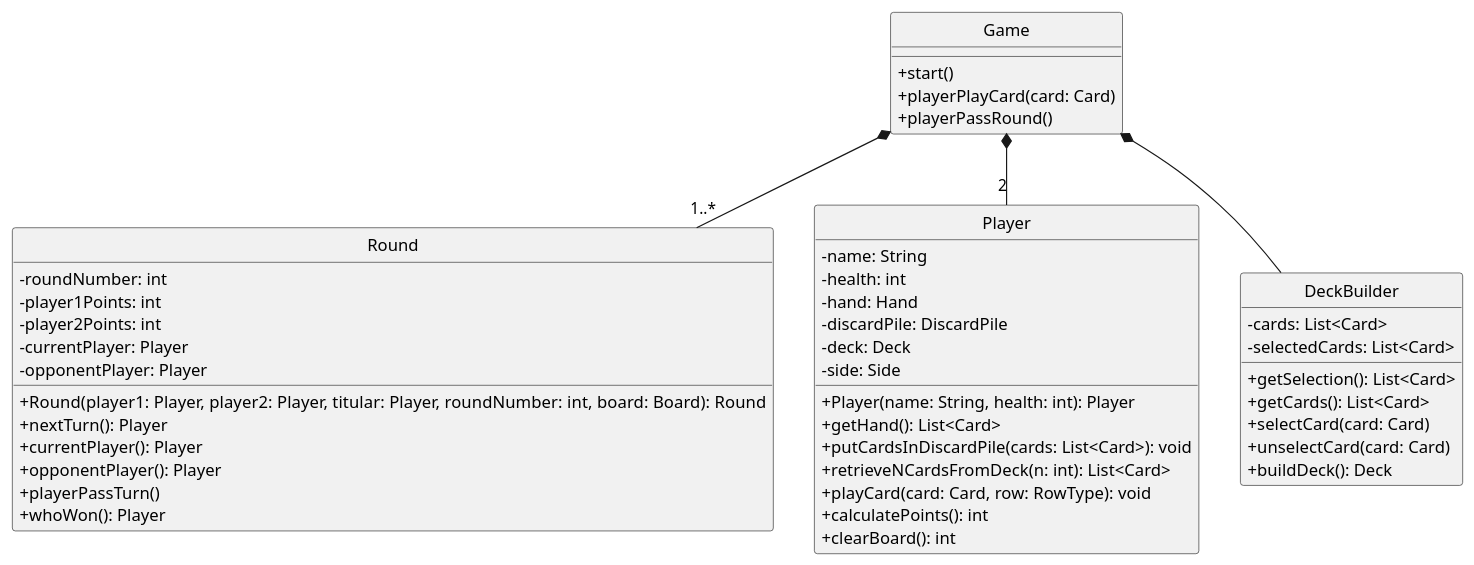
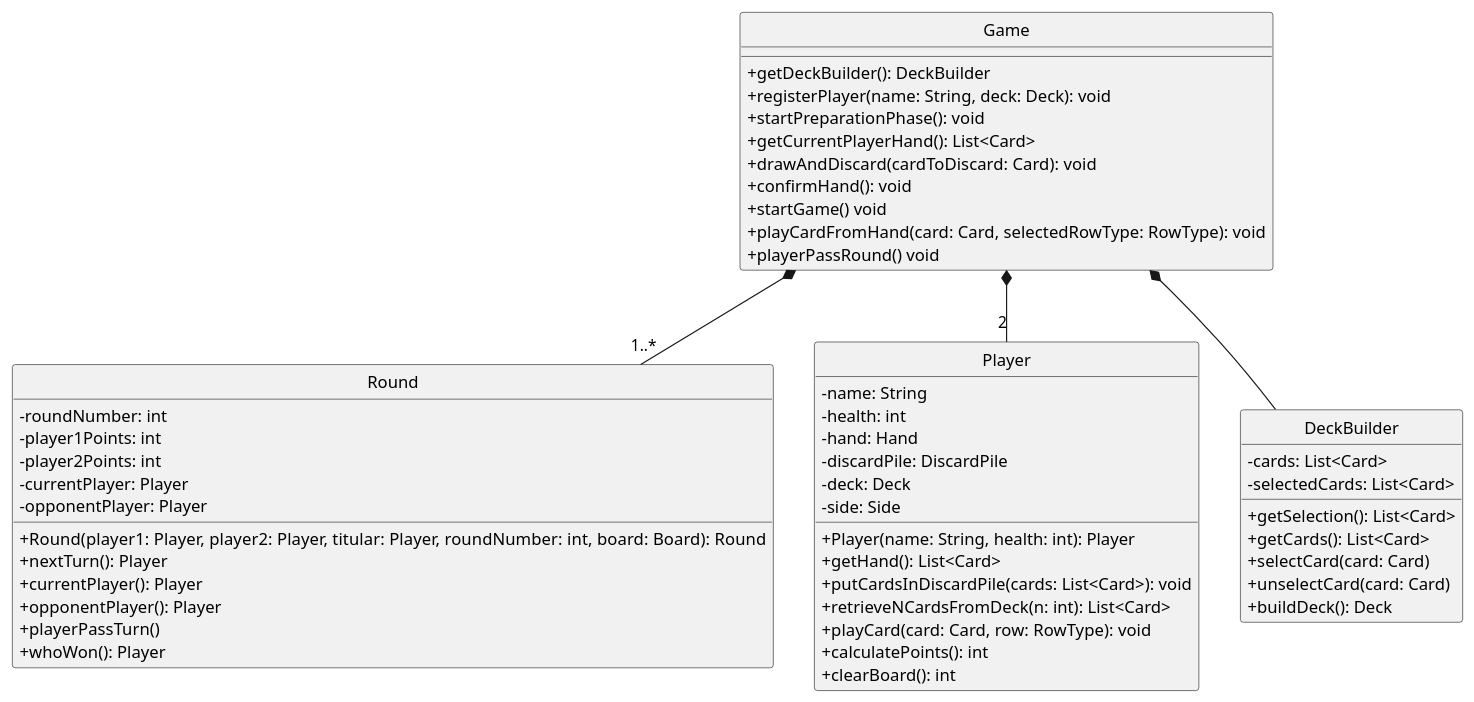
The diagram in diagrams/classes/game.plantuml (Yonhir/algo3_proyecto_base_tp2), drawn with PlantUML before and after one commit. The commit also changed 1 other file, not shown here.

Commit message:
métodos de la clase Game agregados

```diff
--- a/diagrams/classes/game.plantuml
+++ b/diagrams/classes/game.plantuml
@@ -1,64 +1,70 @@
 @startuml
 
 skinparam monochrome true
 hide circle
 skinparam classAttributeIconSize 0
 
 ' =====================
 ' GAME
 ' =====================
 class Game {
-  +start()
-  +playerPlayCard(card: Card)
-  +playerPassRound()
+  +getDeckBuilder(): DeckBuilder
+  +registerPlayer(name: String, deck: Deck): void
+  +startPreparationPhase(): void
+  +getCurrentPlayerHand(): List<Card>
+  +drawAndDiscard(cardToDiscard: Card): void
+  +confirmHand(): void
+  +startGame() void
+  +playCardFromHand(card: Card, selectedRowType: RowType): void
+  +playerPassRound() void
 }
 
 class Round {
   -roundNumber: int
   -player1Points: int
   -player2Points: int
   -currentPlayer: Player
   -opponentPlayer: Player
   +Round(player1: Player, player2: Player, titular: Player, roundNumber: int, board: Board): Round
   +nextTurn(): Player
   +currentPlayer(): Player
   +opponentPlayer(): Player
   +playerPassTurn()
   +whoWon(): Player
 }
 
 class Player {
   -name: String
   -health: int
   -hand: Hand
   -discardPile: DiscardPile
   -deck: Deck
   -side: Side
   +Player(name: String, health: int): Player
   +getHand(): List<Card>
   +putCardsInDiscardPile(cards: List<Card>): void
   +retrieveNCardsFromDeck(n: int): List<Card>
   +playCard(card: Card, row: RowType): void
   +calculatePoints(): int
   +clearBoard(): int
 }
 
 class DeckBuilder {
   -cards: List<Card>
   -selectedCards: List<Card>
   +getSelection(): List<Card>
   +getCards(): List<Card>
   +selectCard(card: Card)
   +unselectCard(card: Card)
   +buildDeck(): Deck
 }
 
 ' =====================
 ' RELATIONSHIPS
 ' =====================
 
 Game *-- "1..*" Round
 Game *-- "2" Player
 Game *-- DeckBuilder
 
 @enduml
```
